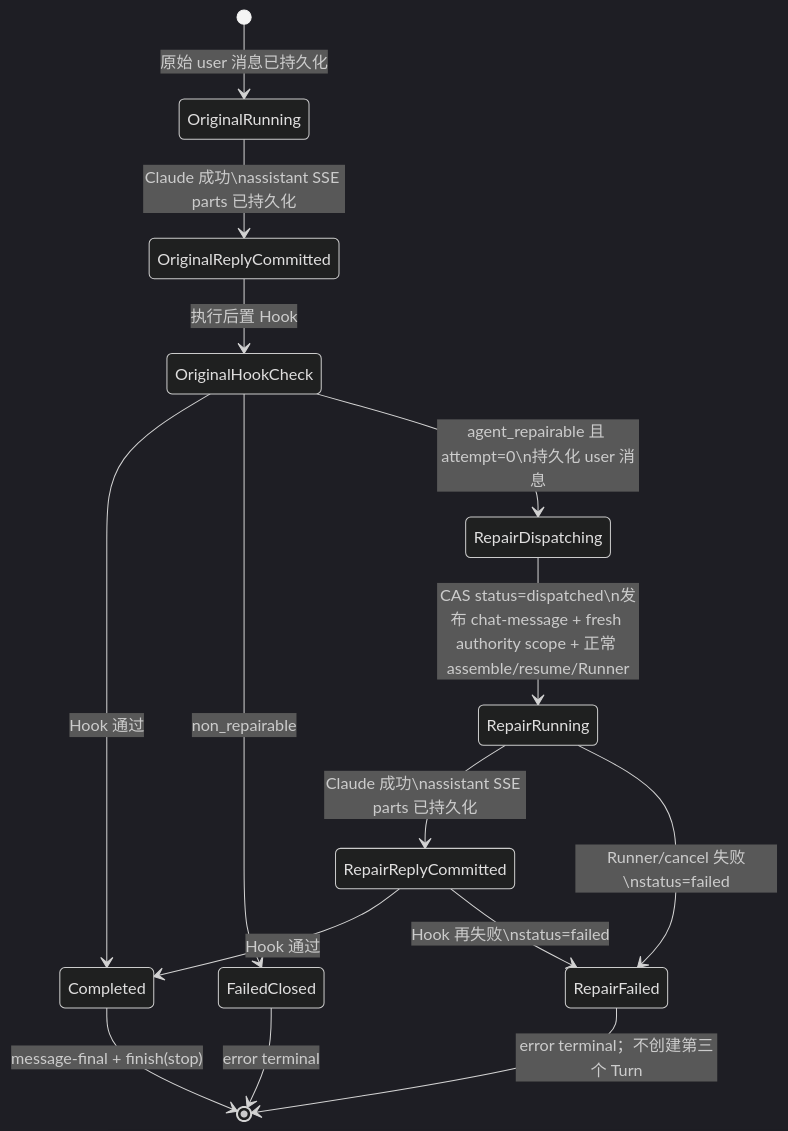
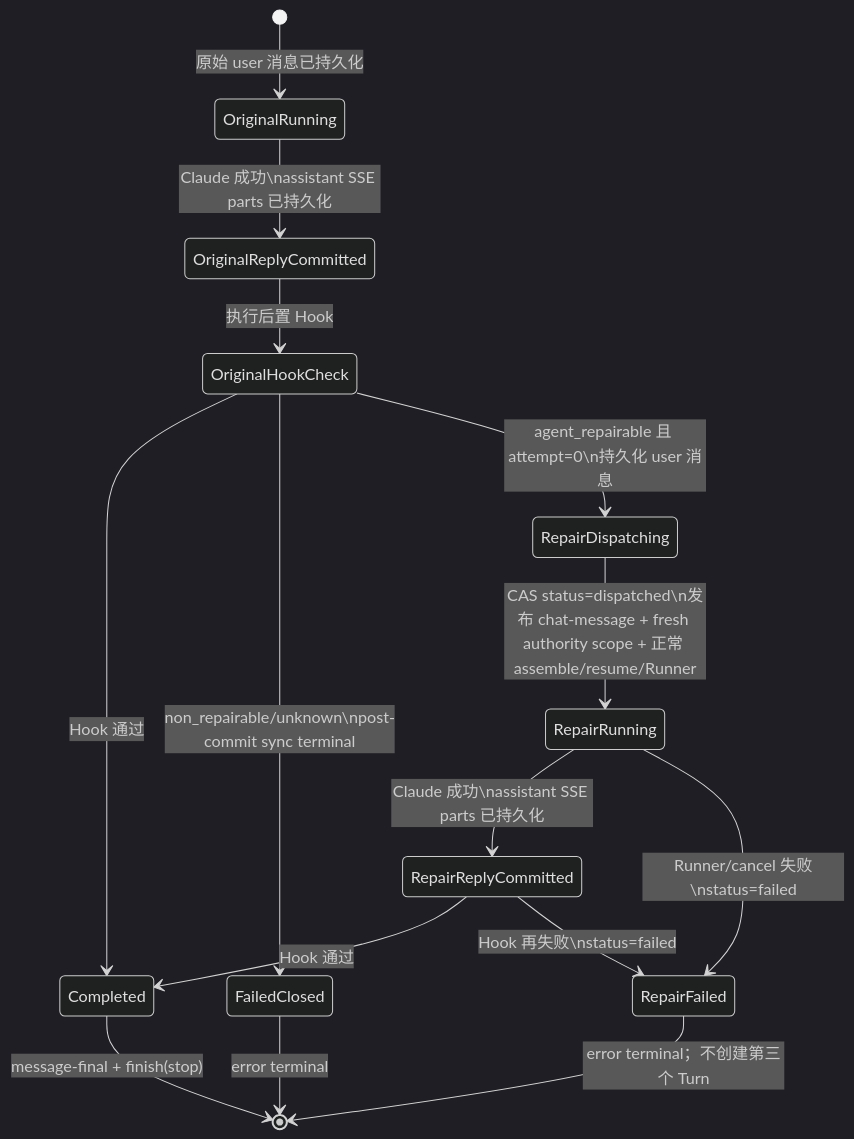
The diagram in docs/design/claude-agent/dream-workbench-auto-repair.md (glide-the/im-dream), drawn with Mermaid (dark theme) before and after one commit. The commit also changed other lines of this file and 24 other files, not shown here.

````diff
--- a/docs/design/claude-agent/dream-workbench-auto-repair.md
+++ b/docs/design/claude-agent/dream-workbench-auto-repair.md
@@ -272,17 +277,17 @@
 ```mermaid
 stateDiagram-v2
     [*] --> OriginalRunning: 原始 user 消息已持久化
     OriginalRunning --> OriginalReplyCommitted: Claude 成功\nassistant SSE parts 已持久化
     OriginalReplyCommitted --> OriginalHookCheck: 执行后置 Hook
     OriginalHookCheck --> Completed: Hook 通过
-    OriginalHookCheck --> FailedClosed: non_repairable
+    OriginalHookCheck --> FailedClosed: non_repairable/unknown\npost-commit sync terminal
     OriginalHookCheck --> RepairDispatching: agent_repairable 且 attempt=0\n持久化 user 消息
     RepairDispatching --> RepairRunning: CAS status=dispatched\n发布 chat-message + fresh authority scope + 正常 assemble/resume/Runner
     RepairRunning --> RepairReplyCommitted: Claude 成功\nassistant SSE parts 已持久化
     RepairReplyCommitted --> Completed: Hook 通过
     RepairReplyCommitted --> RepairFailed: Hook 再失败\nstatus=failed
     RepairRunning --> RepairFailed: Runner/cancel 失败\nstatus=failed
     RepairFailed --> [*]: error terminal；不创建第三个 Turn
     FailedClosed --> [*]: error terminal
     Completed --> [*]: message-final + finish(stop)
 ```
````
